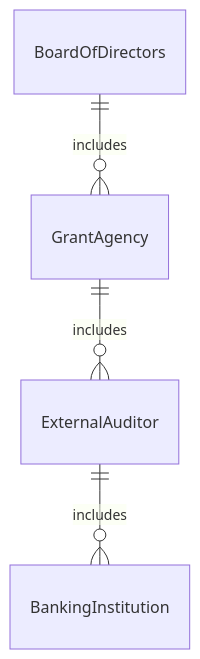
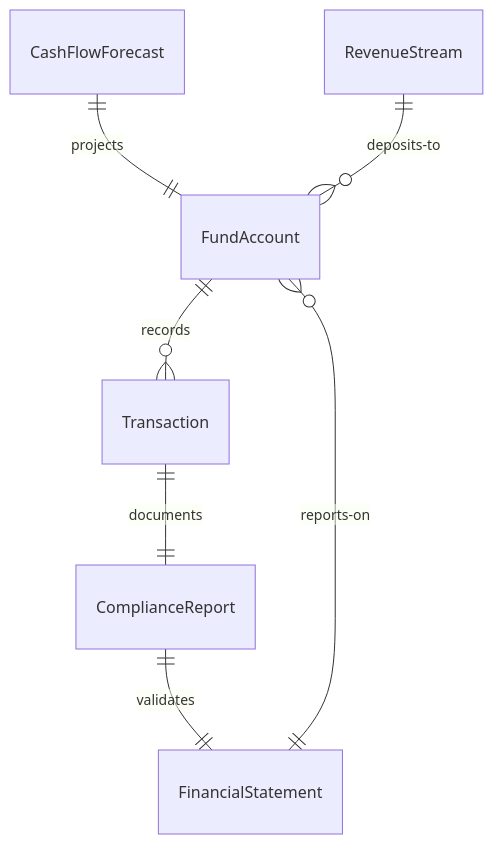
Before and after one commit to dot-org-ai/tasks.org.ai: the first of 4 diagrams in GuidingDirectingAndMotivatingSubordinates/ManageBudgetsOrFinances/ManageOrganizationalProgramFinances.mdx, drawn with Mermaid. The commit also changed other lines of this file and 515 other files, not shown here.

````diff
--- a/GuidingDirectingAndMotivatingSubordinates/ManageBudgetsOrFinances/ManageOrganizationalProgramFinances.mdx
+++ b/GuidingDirectingAndMotivatingSubordinates/ManageBudgetsOrFinances/ManageOrganizationalProgramFinances.mdx
@@ -89,6 +89,9 @@
 ```mermaid
 erDiagram
-    BoardOfDirectors ||--o{ GrantAgency : includes
-    GrantAgency ||--o{ ExternalAuditor : includes
-    ExternalAuditor ||--o{ BankingInstitution : includes
+    FundAccount ||--o{ Transaction : "records"
+    FinancialStatement ||--o{ FundAccount : "reports-on"
+    CashFlowForecast ||--|| FundAccount : "projects"
+    Transaction ||--|| ComplianceReport : "documents"
+    RevenueStream ||--o{ FundAccount : "deposits-to"
+    ComplianceReport ||--|| FinancialStatement : "validates"
 ```
````
